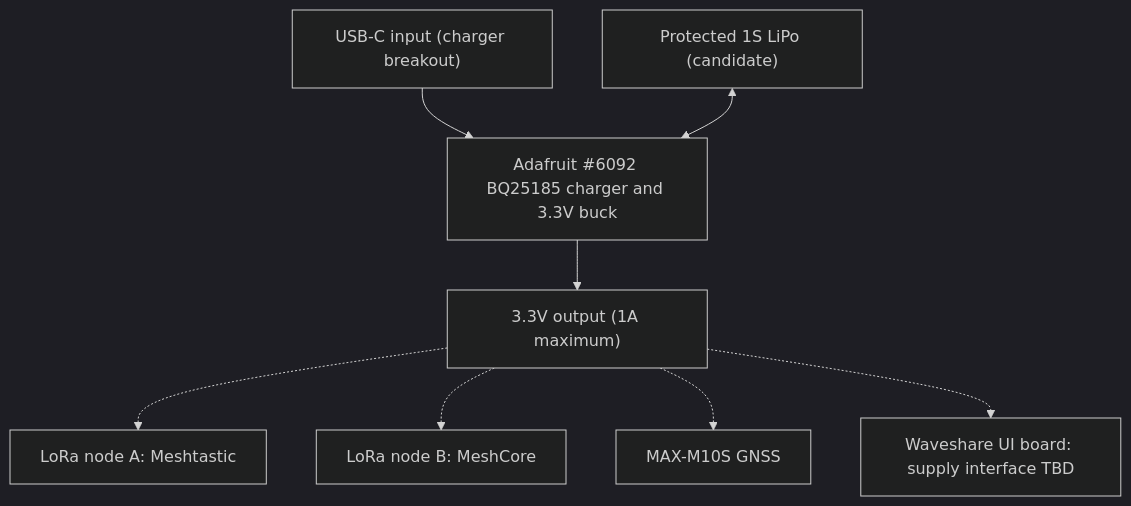
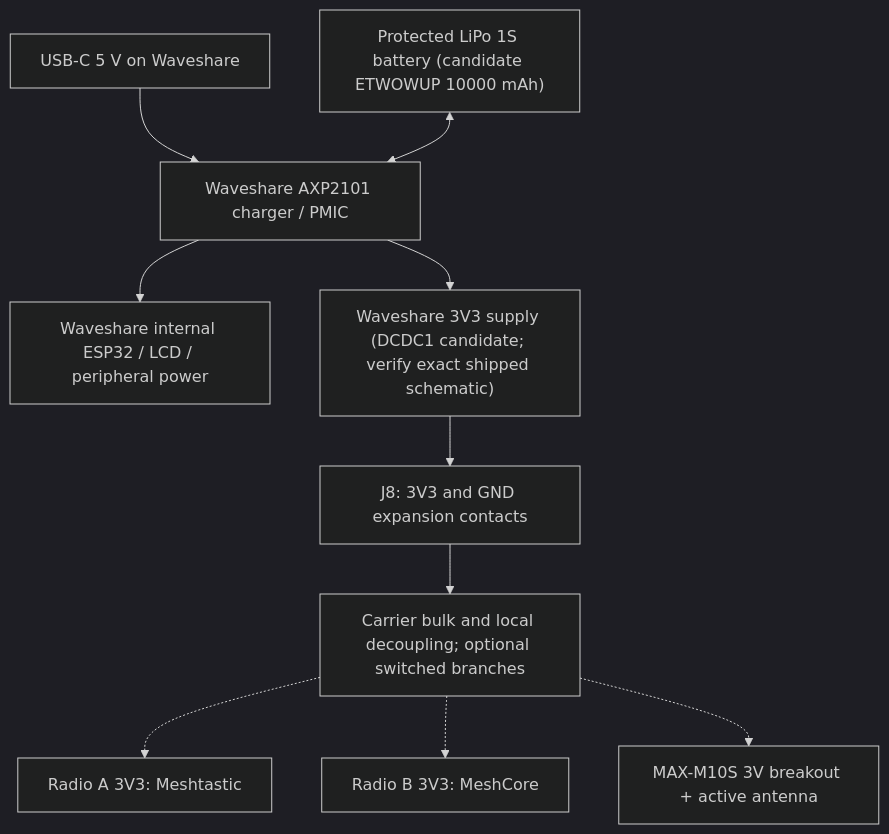
The diagram in docs/power-architecture.md (Renbrant/MeshCrossway), drawn with Mermaid (dark theme) before and after one commit. The commit also changed other lines of this file, not shown here.

Commit message:
docs(power): use Waveshare J8 3V3 as V1 candidate, document margins and validation

````diff
--- a/docs/power-architecture.md
+++ b/docs/power-architecture.md
@@ -14,10 +9,12 @@
 ```mermaid
 flowchart TD
-  USB["USB-C input (charger breakout)"] --> CHG["Adafruit #6092 BQ25185 charger and 3.3V buck"]
-  BAT["Protected 1S LiPo (candidate)"] <--> CHG
-  CHG --> PWR["3.3V output (1A maximum)"]
-  PWR -.-> A["LoRa node A: Meshtastic"]
-  PWR -.-> B["LoRa node B: MeshCore"]
-  PWR -.-> GPS["MAX-M10S GNSS"]
-  PWR -.-> UI["Waveshare UI board: supply interface TBD"]
+  USB["USB-C 5 V on Waveshare"] --> PMIC["Waveshare AXP2101 charger / PMIC"]
+  BAT["Protected LiPo 1S battery (candidate ETWOWUP 10000 mAh)"] <--> PMIC
+  PMIC --> INT["Waveshare internal ESP32 / LCD / peripheral power"]
+  PMIC --> REG["Waveshare 3V3 supply (DCDC1 candidate; verify exact shipped schematic)"]
+  REG --> J8["J8: 3V3 and GND expansion contacts"]
+  J8 --> C["Carrier bulk and local decoupling; optional switched branches"]
+  C -.-> A["Radio A 3V3: Meshtastic"]
+  C -.-> B["Radio B 3V3: MeshCore"]
+  C -.-> G["MAX-M10S 3V breakout + active antenna"]
 ```
````
